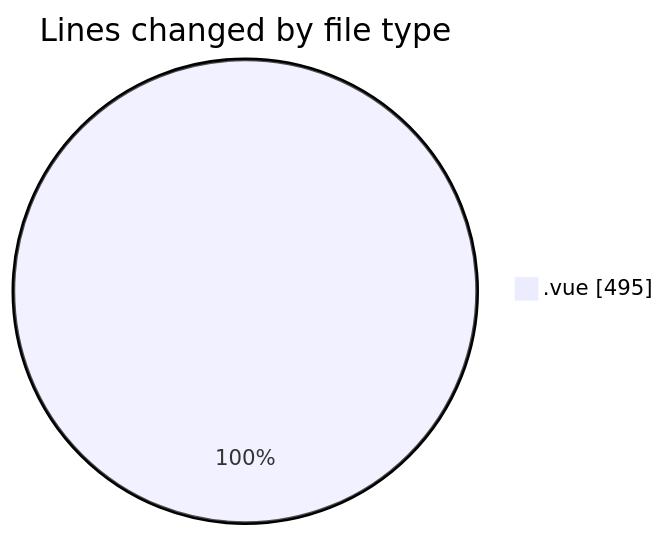
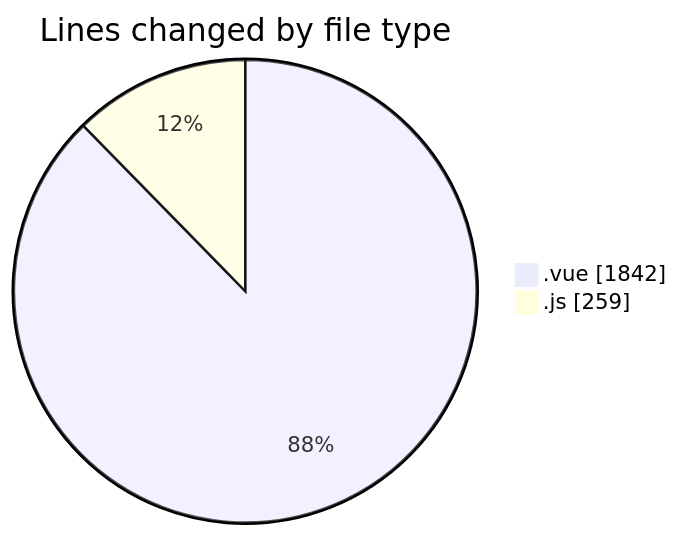
The first of 2 diagrams in 2025-07-14/rentotp/README.md (lephambinh05/code-tracking), drawn with Mermaid before and after one commit. The commit also changed other lines of this file and 1 other file, not shown here.

````diff
--- a/2025-07-14/rentotp/README.md
+++ b/2025-07-14/rentotp/README.md
@@ -21,5 +26,6 @@
 ```mermaid
 pie showData
 title Lines changed by file type
-".vue" : 495
+".vue" : 1842
+".js" : 259
 ```
````
